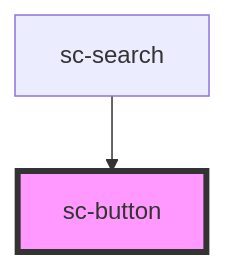
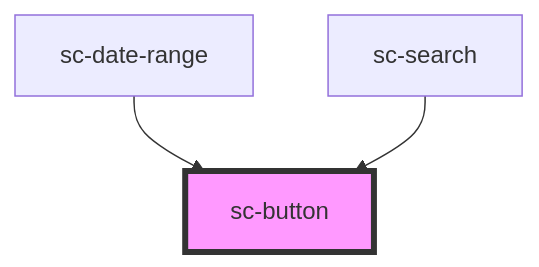
The diagram in components/src/components/sc-button/readme.md (saleh-lootah/sc-design-system), drawn with Mermaid before and after one commit. The commit also changed other lines of this file and 25 other files, not shown here.

First line of the commit message:
Add sc-table and sc-date-range, and the easing.drawer token

````diff
--- a/components/src/components/sc-button/readme.md
+++ b/components/src/components/sc-button/readme.md
@@ -99,5 +100,6 @@
 ```mermaid
 graph TD;
+  sc-date-range --> sc-button
   sc-search --> sc-button
   style sc-button fill:#f9f,stroke:#333,stroke-width:4px
 ```
````
